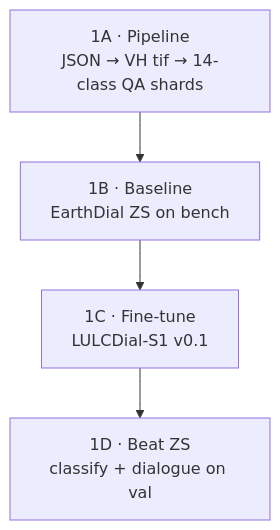
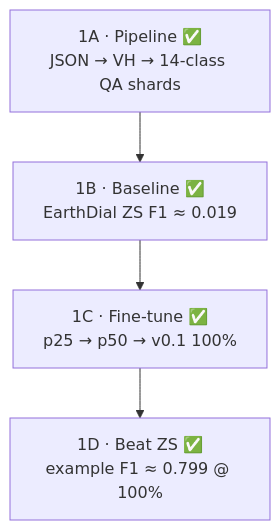
One commit to Riha-K/MTP changed the diagram in Stage1_Summer_Intern_Guide.md. Above: the diagram before and after it, drawn with Mermaid. The commit also changed other lines of this file and 8 other files, not shown here.

````diff
--- a/Stage1_Summer_Intern_Guide.md
+++ b/Stage1_Summer_Intern_Guide.md
@@ -49,9 +51,9 @@
 ```mermaid
 flowchart TB
-    S1A["1A · Pipeline<br/>JSON → VH tif → 14-class QA shards"]
-    S1B["1B · Baseline<br/>EarthDial ZS on bench"]
-    S1C["1C · Fine-tune<br/>LULCDial-S1 v0.1"]
-    S1D["1D · Beat ZS<br/>classify + dialogue on val"]
+    S1A["1A · Pipeline ✅<br/>JSON → VH → 14-class QA shards"]
+    S1B["1B · Baseline ✅<br/>EarthDial ZS F1 ≈ 0.019"]
+    S1C["1C · Fine-tune ✅<br/>p25 → p50 → v0.1 100%"]
+    S1D["1D · Beat ZS ✅<br/>example F1 ≈ 0.799 @ 100%"]
 
     S1A --> S1B --> S1C --> S1D
 ```
````
